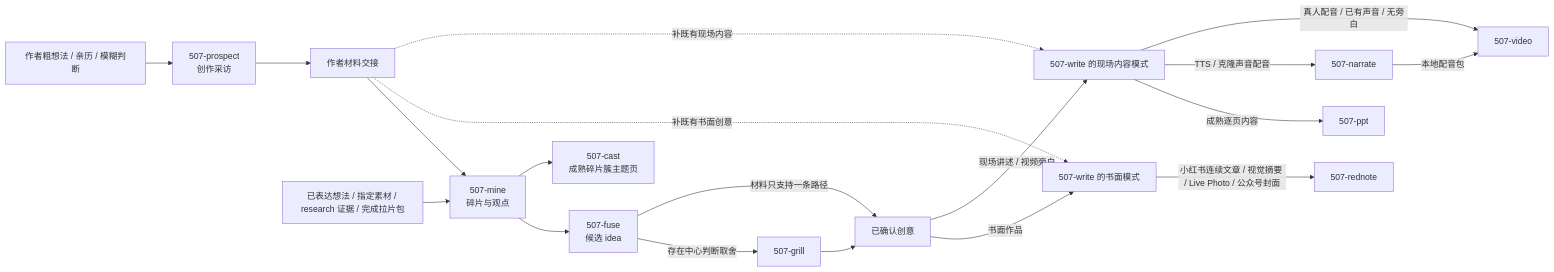
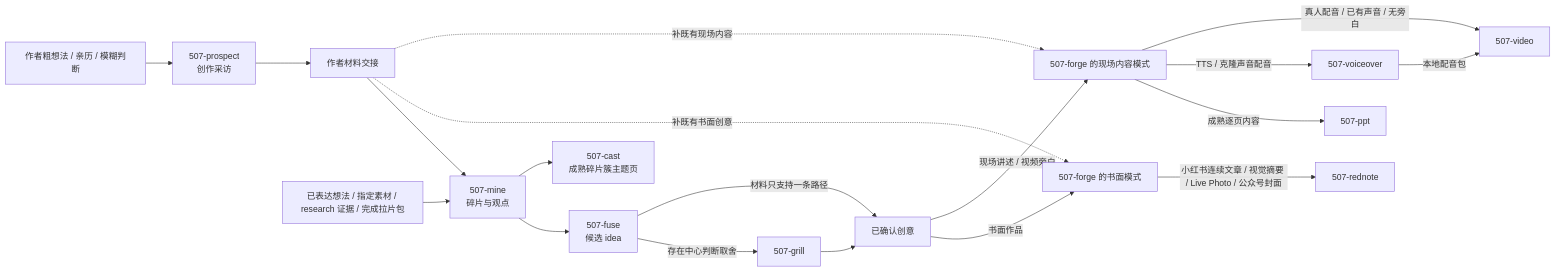
One commit to ssdiwu/507-skills changed the first of 3 diagrams in write/README.md. Above: the diagram before and after it, drawn with Mermaid. The commit also changed other lines of this file and 103 other files, not shown here.

````diff
--- a/write/README.md
+++ b/write/README.md
@@ -11,21 +11,21 @@
 ```mermaid
 flowchart LR
     seed["作者粗想法 / 亲历 / 模糊判断"] --> prospect["507-prospect<br/>创作采访"]
     prospect --> author["作者材料交接"]
     author --> mine["507-mine<br/>碎片与观点"]
     source["已表达想法 / 指定素材 / research 证据 / 完成拉片包"] --> mine
     mine --> fuse["507-fuse<br/>候选 idea"]
     mine --> cast["507-cast<br/>成熟碎片簇主题页"]
     fuse -->|"存在中心判断取舍"| grill["507-grill"]
     grill --> selected["已确认创意"]
     fuse -->|"材料只支持一条路径"| selected
-    selected -->|"书面作品"| forge["507-write 的书面模式"]
-    selected -->|"现场讲述 / 视频旁白"| stage["507-write 的现场内容模式"]
+    selected -->|"书面作品"| forge["507-forge 的书面模式"]
+    selected -->|"现场讲述 / 视频旁白"| stage["507-forge 的现场内容模式"]
     author -. "补既有书面创意" .-> forge
     author -. "补既有现场内容" .-> stage
     stage -->|"成熟逐页内容"| ppt["507-ppt"]
-    stage -->|"TTS / 克隆声音配音"| narrate["507-narrate"]
+    stage -->|"TTS / 克隆声音配音"| narrate["507-voiceover"]
     narrate -->|"本地配音包"| video["507-video"]
     stage -->|"真人配音 / 已有声音 / 无旁白"| video
     forge -->|"小红书连续文章 / 视觉摘要 / Live Photo / 公众号封面"| rednote["507-rednote"]
 ```
````
